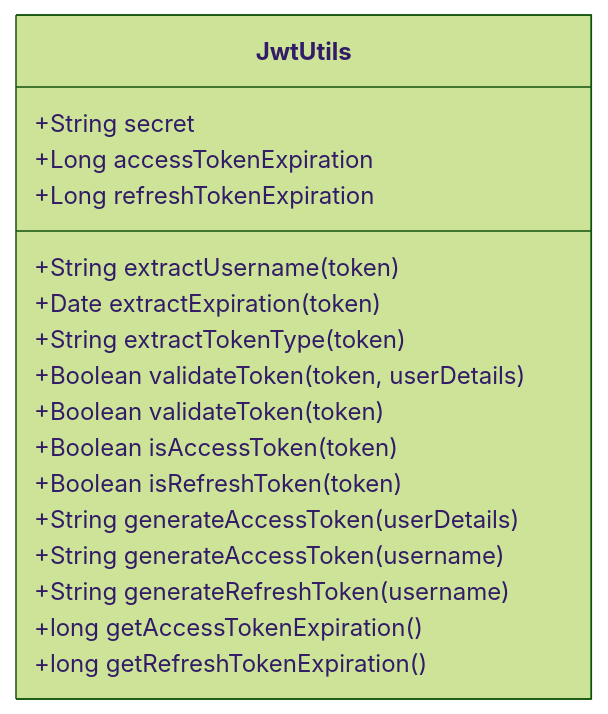
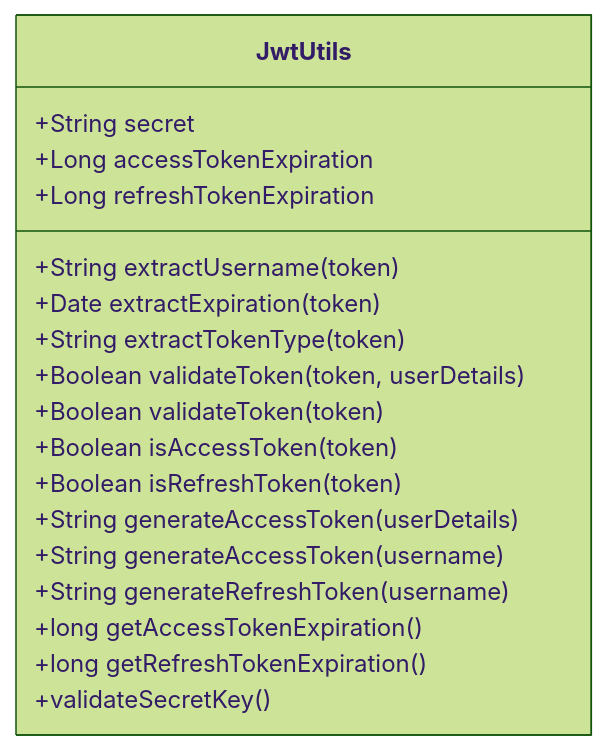
Before and after one commit to PersonNoName/FreeTrader: the fourth of 8 diagrams in .qoder/repowiki/zh/content/安全系统/JWT 认证机制.md, drawn with Mermaid (forest theme). The commit also changed other lines of this file and 10 other files, not shown here.

````diff
--- a/.qoder/repowiki/zh/content/安全系统/JWT 认证机制.md
+++ b/.qoder/repowiki/zh/content/安全系统/JWT 认证机制.md
@@ -193,20 +225,21 @@
 ```mermaid
 classDiagram
 class JwtUtils {
 +String secret
 +Long accessTokenExpiration
 +Long refreshTokenExpiration
 +String extractUsername(token)
 +Date extractExpiration(token)
 +String extractTokenType(token)
 +Boolean validateToken(token, userDetails)
 +Boolean validateToken(token)
 +Boolean isAccessToken(token)
 +Boolean isRefreshToken(token)
 +String generateAccessToken(userDetails)
 +String generateAccessToken(username)
 +String generateRefreshToken(username)
 +long getAccessTokenExpiration()
 +long getRefreshTokenExpiration()
++validateSecretKey()
 }
 ```
````
